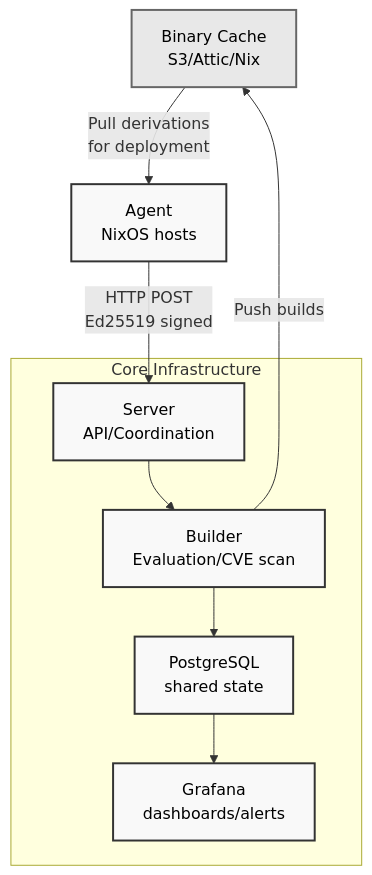
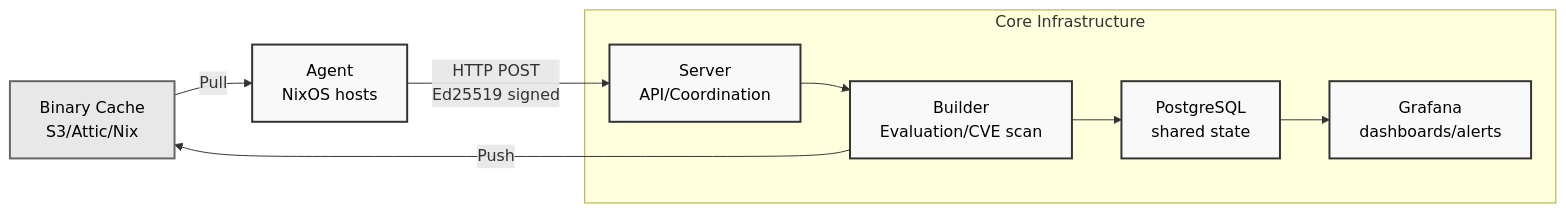
Before and after one commit to usmcamp0811/crystal-forge: the diagram in README.md, drawn with Mermaid.

````diff
--- a/README.md
+++ b/README.md
@@ -52,23 +52,23 @@
 ```mermaid
-flowchart TB
+flowchart LR
     C["Binary Cache<br/>S3/Attic/Nix"]
     A["Agent<br/>NixOS hosts"]
 
     subgraph "Core Infrastructure"
         S["Server<br/>API/Coordination"]
         B["Builder<br/>Evaluation/CVE scan"]
         P["PostgreSQL<br/>shared state"]
         G["Grafana<br/>dashboards/alerts"]
     end
 
     A -->|HTTP POST<br/>Ed25519 signed| S
     S --> B
-    B -->|Push builds| C
-    C -->|Pull derivations<br/>for deployment| A
+    B -->|Push| C
+    C -->|Pull| A
     B --> P
     P --> G
 
     classDef default fill:#f9f9f9,stroke:#333,stroke-width:2px,color:#000
     classDef external fill:#e8e8e8,stroke:#666,stroke-width:2px,color:#000
     class C external
 ```
````
